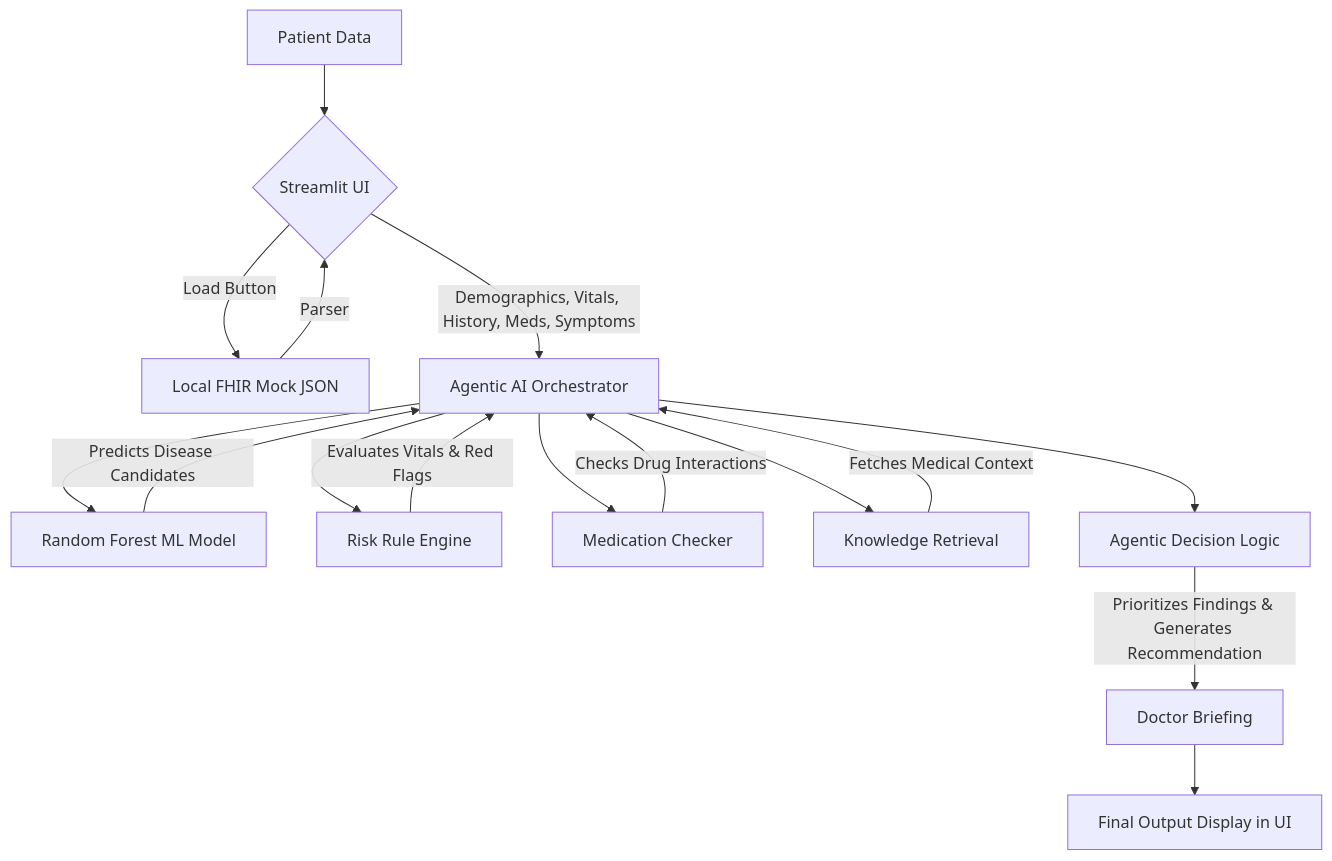
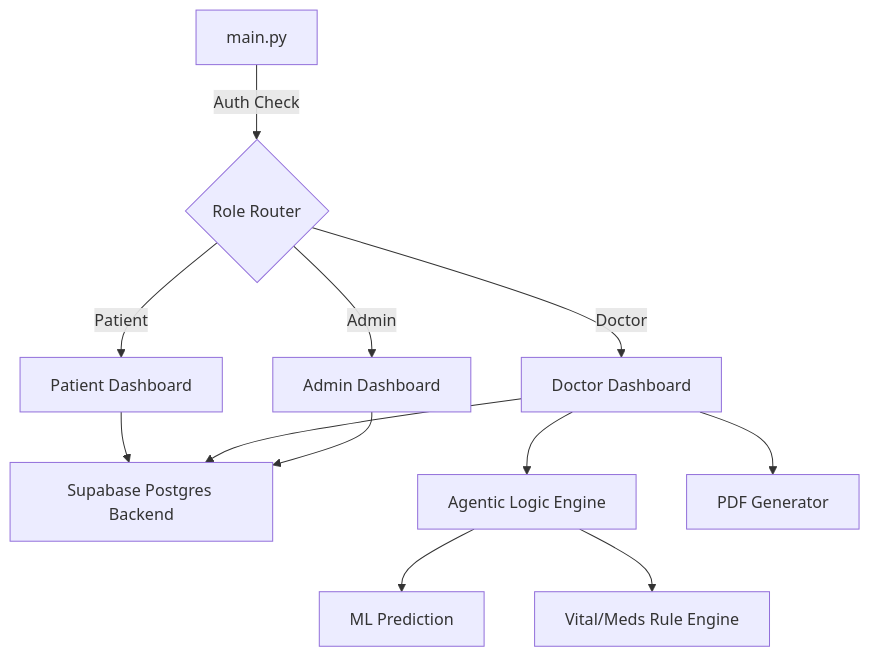
The diagram in README.md (jaajitha/healthcare-agentic-ai), drawn with Mermaid before and after one commit. The commit also changed other lines of this file, not shown here.

Commit message:
docs: update README to reflect Supabase integration, role-based workspaces, and PDF generation features

````diff
--- a/README.md
+++ b/README.md
@@ -152,24 +115,17 @@
 ```mermaid
 graph TD
-    A[Patient Data] --> B{Streamlit UI}
-    B --> |Load Button| C[Local FHIR Mock JSON]
-    C --> |Parser| B
-    B --> |Demographics, Vitals, History, Meds, Symptoms| D[Agentic AI Orchestrator]
+    A[main.py] --> |Auth Check| B{Role Router}
+    B --> |Patient| C[Patient Dashboard]
+    B --> |Doctor| D[Doctor Dashboard]
+    B --> |Admin| E[Admin Dashboard]
     
-    D --> E[Random Forest ML Model]
-    E --> |Predicts Disease Candidates| D
+    C --> F[Supabase Postgres Backend]
+    D --> F
+    E --> F
     
-    D --> F[Risk Rule Engine]
-    F --> |Evaluates Vitals & Red Flags| D
+    D --> G[Agentic Logic Engine]
+    G --> H[ML Prediction]
+    G --> I[Vital/Meds Rule Engine]
     
-    D --> G[Medication Checker]
-    G --> |Checks Drug Interactions| D
-    
-    D --> H[Knowledge Retrieval]
-    H --> |Fetches Medical Context| D
-    
-    D --> I[Agentic Decision Logic]
-    I --> |Prioritizes Findings & Generates Recommendation| J[Doctor Briefing]
-    
-    J --> K[Final Output Display in UI]
+    D --> J[PDF Generator]
 ```
````
